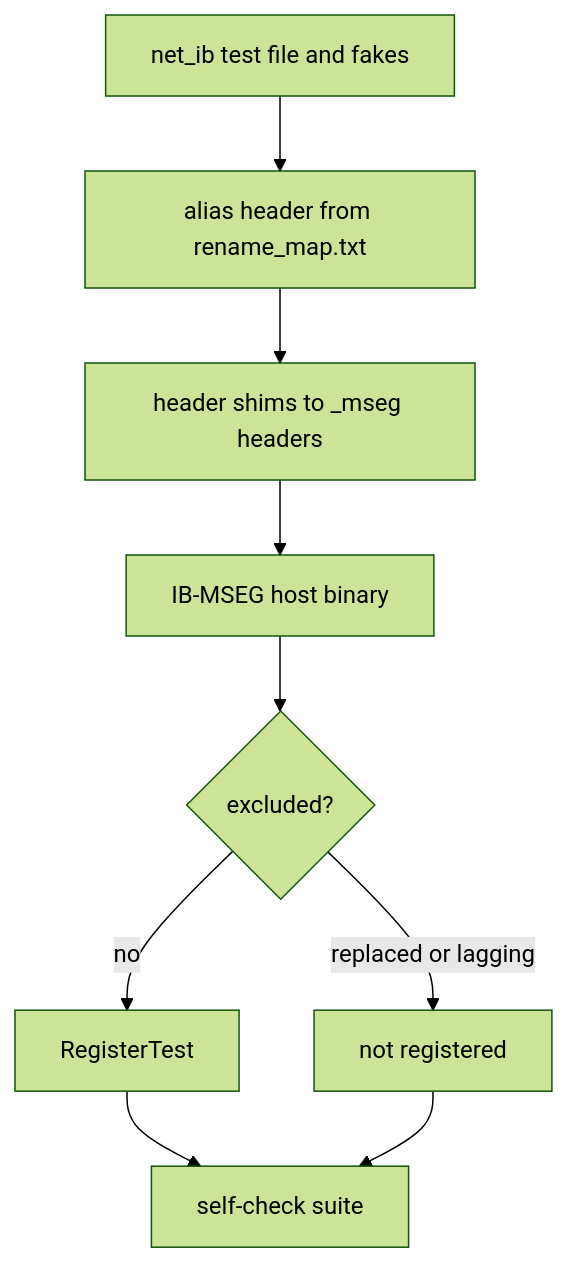
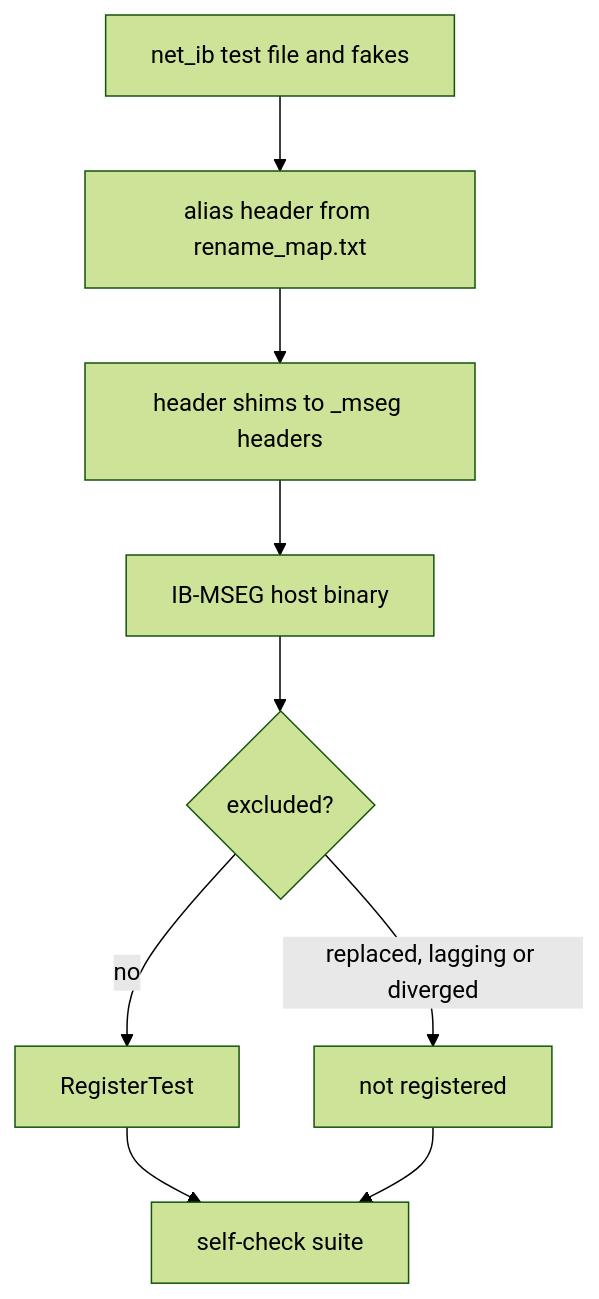
One commit to ROCm/rocm-systems changed the third of 7 diagrams in projects/rccl/docs/design/multi_segment_fork_plugin.md. Above: the diagram before and after it, drawn with Mermaid (forest theme). The commit also changed other lines of this file and 19 other files, not shown here.

````diff
--- a/projects/rccl/docs/design/multi_segment_fork_plugin.md
+++ b/projects/rccl/docs/design/multi_segment_fork_plugin.md
@@ -147,12 +144,12 @@
 ```mermaid
 %% caption: How one net_ib host test runs against the fork
 flowchart TD
  base["net_ib test file and fakes"] --> alias["alias header from rename_map.txt"]
  alias --> shim["header shims to _mseg headers"]
  shim --> bin["IB-MSEG host binary"]
  excl{"excluded?"} -->|no| reg["RegisterTest"]
- excl -->|"replaced or lagging"| skip["not registered"]
+ excl -->|"replaced, lagging or diverged"| skip["not registered"]
  bin --> excl
  reg --> check["self-check suite"]
  skip --> check
 ```
````
